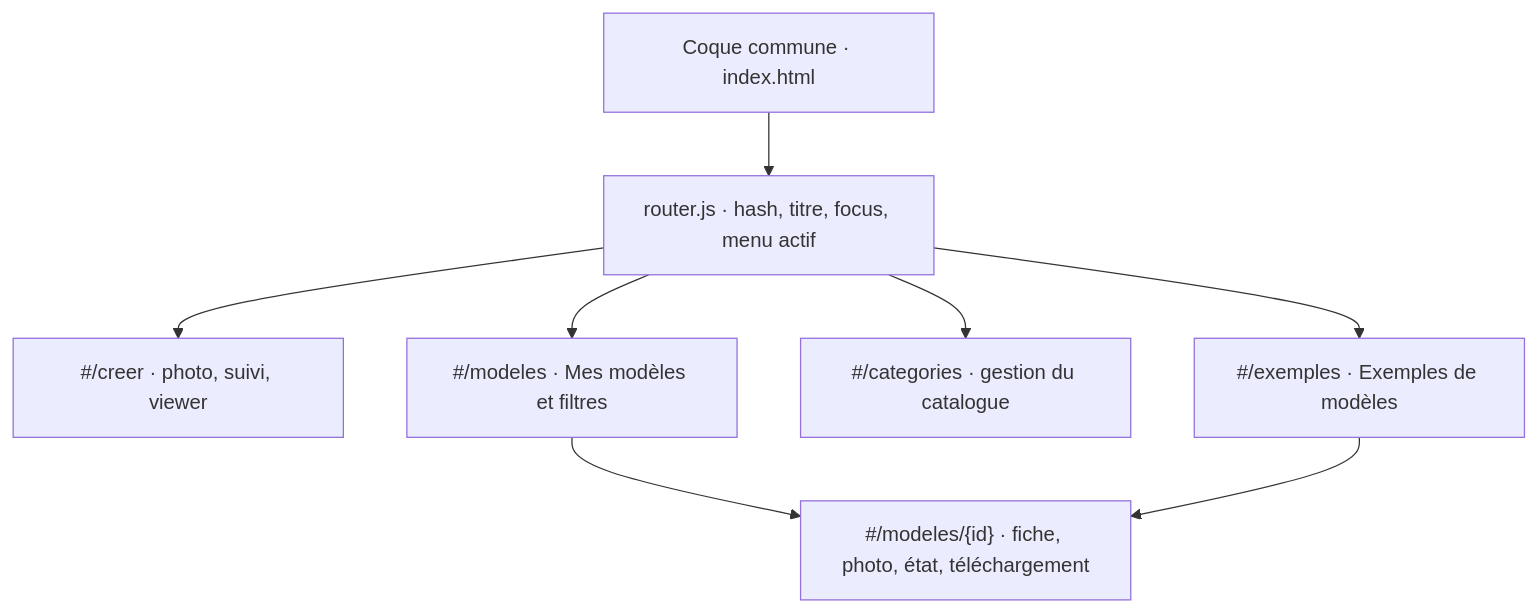
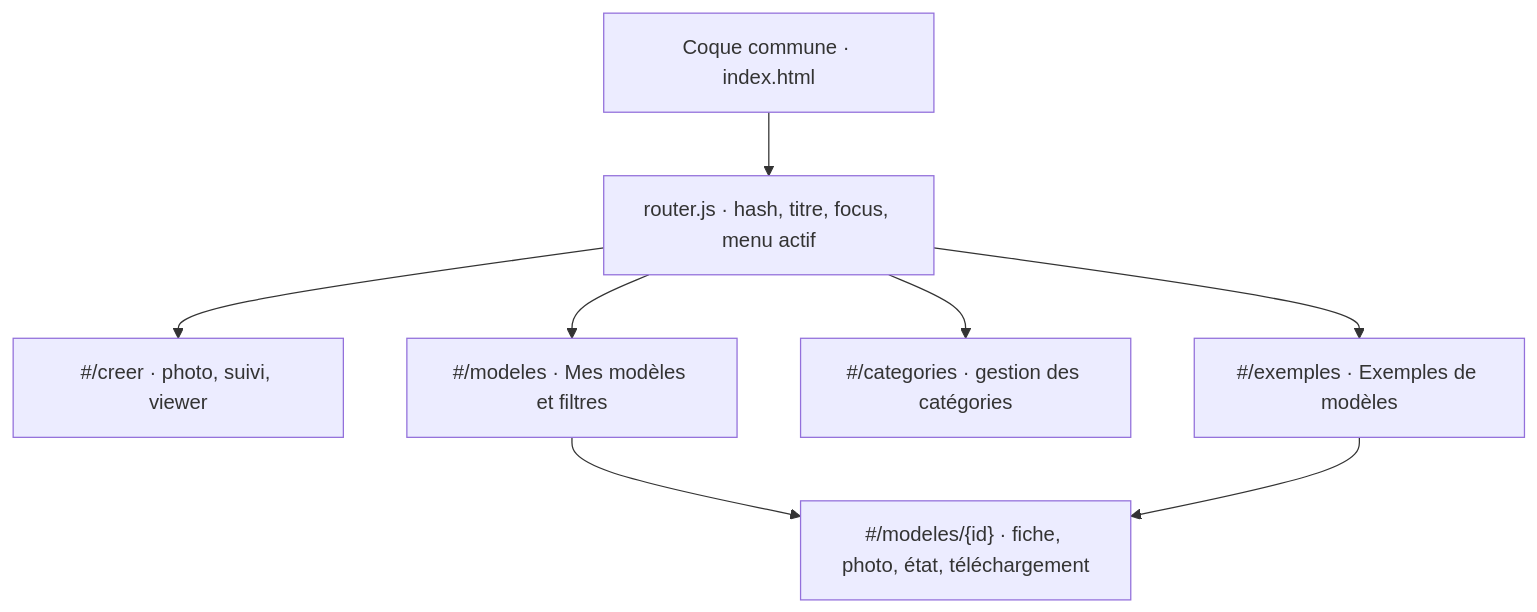
One commit to Yas-sin-e/forma3d-kit changed the diagram in docs/etapes/etape-11.md. Above: the diagram before and after it, drawn with Mermaid. The commit also changed other lines of this file and 9 other files, not shown here.

````diff
--- a/docs/etapes/etape-11.md
+++ b/docs/etapes/etape-11.md
@@ -7,10 +7,10 @@
 ```mermaid
 flowchart TD
   Shell["Coque commune · index.html"] --> Router["router.js · hash, titre, focus, menu actif"]
   Router --> Create["#/creer · photo, suivi, viewer"]
   Router --> Models["#/modeles · Mes modèles et filtres"]
-  Router --> Categories["#/categories · gestion du catalogue"]
+  Router --> Categories["#/categories · gestion des catégories"]
   Router --> Examples["#/exemples · Exemples de modèles"]
   Models --> Detail["#/modeles/{id} · fiche, photo, état, téléchargement"]
   Examples --> Detail
 ```
````
